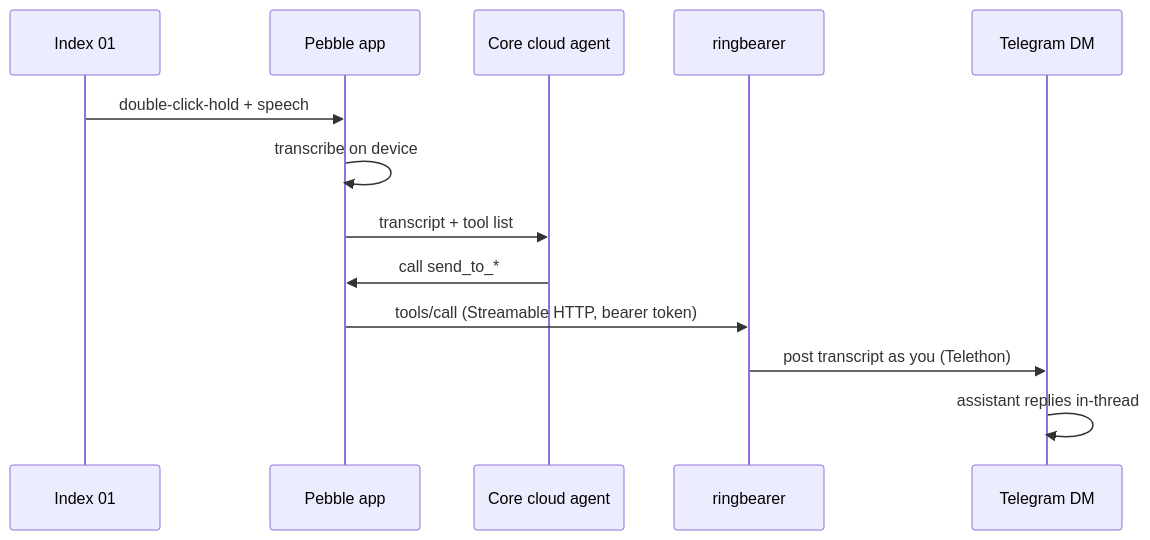
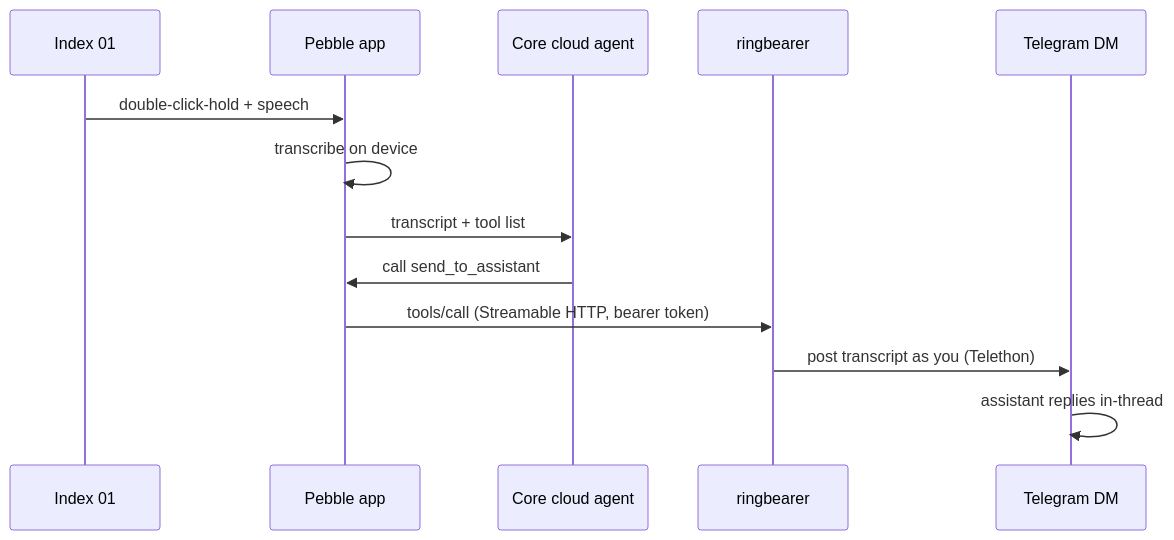
The diagram in README.md (MDB4241/ringbearer), drawn with Mermaid before and after one commit. The commit also changed other lines of this file and 2 other files, not shown here.

First line of the commit message:
Fix the tool name at send_to_assistant, every mode

````diff
--- a/README.md
+++ b/README.md
@@ -30,16 +30,16 @@
 ```mermaid
 sequenceDiagram
     participant Ring as Index 01
     participant Phone as Pebble app
     participant Cloud as Core cloud agent
     participant RB as ringbearer
     participant TG as Telegram DM
 
     Ring->>Phone: double-click-hold + speech
     Phone->>Phone: transcribe on device
     Phone->>Cloud: transcript + tool list
-    Cloud->>Phone: call send_to_*
+    Cloud->>Phone: call send_to_assistant
     Phone->>RB: tools/call (Streamable HTTP, bearer token)
     RB->>TG: post transcript as you (Telethon)
     TG->>TG: assistant replies in-thread
 ```
````
